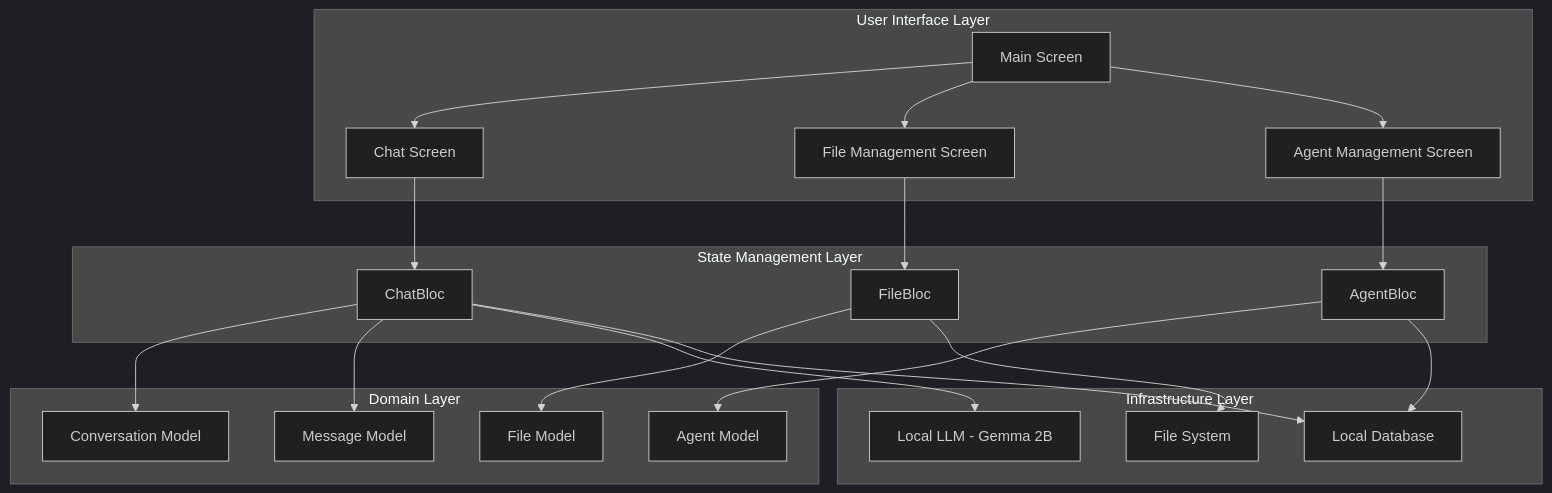
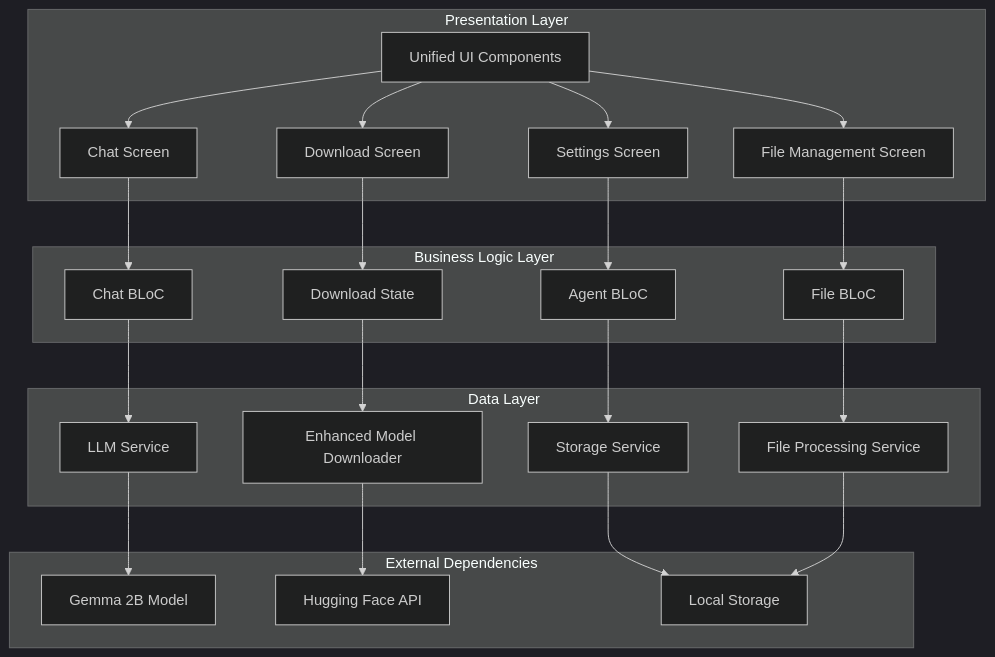
Before and after one commit to brahim-guaali/gen_lite: the first of 9 diagrams in Docs/Architecture_Flow_Diagram.md, drawn with Mermaid (dark theme). The commit also changed other lines of this file and 6 other files, not shown here.

First line of the commit message:
docs: Update all documentation to reflect unified UI design system and enhanced features

````diff
--- a/Docs/Architecture_Flow_Diagram.md
+++ b/Docs/Architecture_Flow_Diagram.md
@@ -5,46 +9,50 @@
 ```mermaid
 graph TB
-    subgraph "User Interface Layer"
-        CS[Chat Screen]
-        FMS[File Management Screen]
-        AMS[Agent Management Screen]
-        MS[Main Screen]
+    subgraph "Presentation Layer"
+        UI[Unified UI Components]
+        ChatUI[Chat Screen]
+        FileUI[File Management Screen]
+        SettingsUI[Settings Screen]
+        DownloadUI[Download Screen]
     end
-
-    subgraph "State Management Layer"
-        CB[ChatBloc]
-        FB[FileBloc]
-        AB[AgentBloc]
+    
+    subgraph "Business Logic Layer"
+        ChatBLoC[Chat BLoC]
+        FileBLoC[File BLoC]
+        AgentBLoC[Agent BLoC]
+        DownloadBLoC[Download State]
     end
-
-    subgraph "Domain Layer"
-        CM[Conversation Model]
-        MM[Message Model]
-        FM[File Model]
-        AM[Agent Model]
+    
+    subgraph "Data Layer"
+        LLMService[LLM Service]
+        FileService[File Processing Service]
+        StorageService[Storage Service]
+        DownloadService[Enhanced Model Downloader]
     end
-
-    subgraph "Infrastructure Layer"
-        LLM[Local LLM - Gemma 2B]
-        FS[File System]
-        DB[Local Database]
+    
+    subgraph "External Dependencies"
+        GemmaModel[Gemma 2B Model]
+        HuggingFace[Hugging Face API]
+        LocalStorage[Local Storage]
     end
-
-    MS --> CS
-    MS --> FMS
-    MS --> AMS
-
-    CS --> CB
-    FMS --> FB
-    AMS --> AB
-
-    CB --> CM
-    CB --> MM
-    FB --> FM
-    AB --> AM
-
-    CB --> LLM
-    FB --> FS
-    AB --> DB
-    CB --> DB
+    
+    UI --> ChatUI
+    UI --> FileUI
+    UI --> SettingsUI
+    UI --> DownloadUI
+    
+    ChatUI --> ChatBLoC
+    FileUI --> FileBLoC
+    SettingsUI --> AgentBLoC
+    DownloadUI --> DownloadBLoC
+    
+    ChatBLoC --> LLMService
+    FileBLoC --> FileService
+    AgentBLoC --> StorageService
+    DownloadBLoC --> DownloadService
+    
+    LLMService --> GemmaModel
+    DownloadService --> HuggingFace
+    StorageService --> LocalStorage
+    FileService --> LocalStorage
 ```
````
